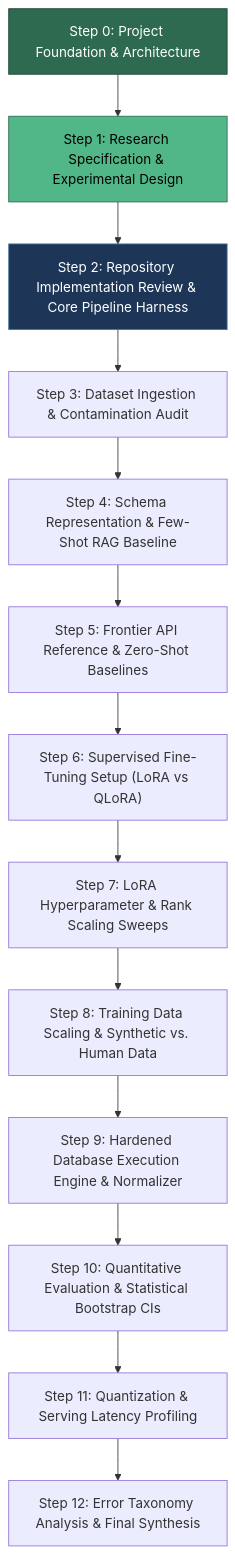
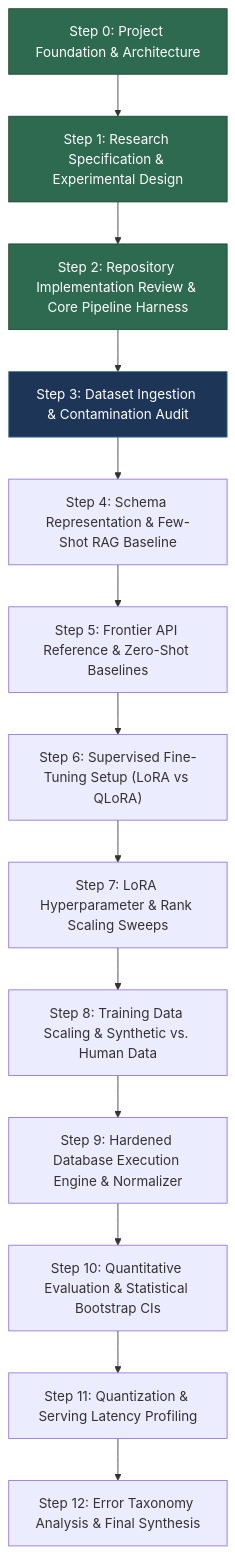
The diagram in docs/research/step_dependencies.md (mayanksingh2745/SQLForge-a-controlled-study-of-what-fine-tuning-buys-on-text-to-SQL), drawn with Mermaid before and after one commit. The commit also changed other lines of this file and 6 other files, not shown here.

````diff
--- a/docs/research/step_dependencies.md
+++ b/docs/research/step_dependencies.md
@@ -11,19 +11,20 @@
 ```mermaid
 graph TD
     S0["Step 0: Project Foundation & Architecture"] --> S1["Step 1: Research Specification & Experimental Design"]
     S1 --> S2["Step 2: Repository Implementation Review & Core Pipeline Harness"]
     S2 --> S3["Step 3: Dataset Ingestion & Contamination Audit"]
     S3 --> S4["Step 4: Schema Representation & Few-Shot RAG Baseline"]
     S4 --> S5["Step 5: Frontier API Reference & Zero-Shot Baselines"]
     S5 --> S6["Step 6: Supervised Fine-Tuning Setup (LoRA vs QLoRA)"]
     S6 --> S7["Step 7: LoRA Hyperparameter & Rank Scaling Sweeps"]
     S7 --> S8["Step 8: Training Data Scaling & Synthetic vs. Human Data"]
     S8 --> S9["Step 9: Hardened Database Execution Engine & Normalizer"]
     S9 --> S10["Step 10: Quantitative Evaluation & Statistical Bootstrap CIs"]
     S10 --> S11["Step 11: Quantization & Serving Latency Profiling"]
     S11 --> S12["Step 12: Error Taxonomy Analysis & Final Synthesis"]
 
     style S0 fill:#2d6a4f,stroke:#1b4332,color:#ffffff
-    style S1 fill:#52b788,stroke:#2d6a4f,color:#000000
-    style S2 fill:#1d3557,stroke:#457b9d,color:#ffffff
+    style S1 fill:#2d6a4f,stroke:#1b4332,color:#ffffff
+    style S2 fill:#2d6a4f,stroke:#1b4332,color:#ffffff
+    style S3 fill:#1d3557,stroke:#457b9d,color:#ffffff
 ```
````
